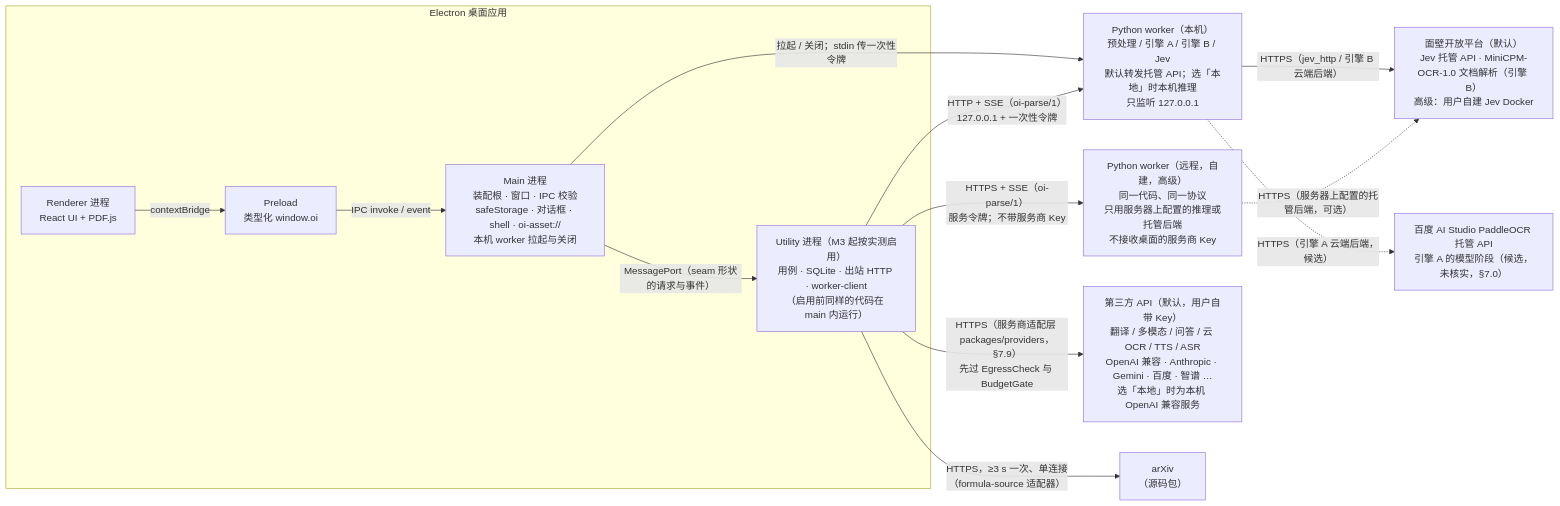
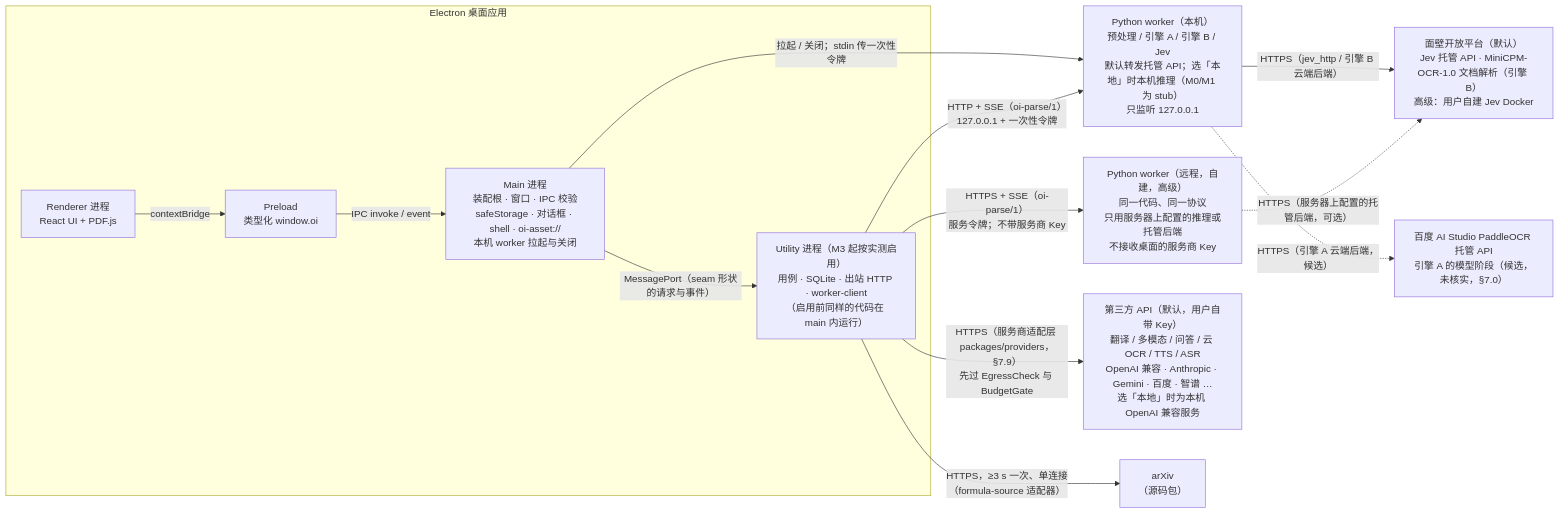
The first of 6 diagrams in ARCHITECTURE.md (wisdom-km/open-immerse-v2), drawn with Mermaid before and after one commit. The commit also changed other lines of this file and 10 other files, not shown here.

````diff
--- a/ARCHITECTURE.md
+++ b/ARCHITECTURE.md
@@ -21,27 +21,27 @@
 ```mermaid
 flowchart LR
   subgraph Desktop["Electron 桌面应用"]
     R["Renderer 进程<br/>React UI + PDF.js"]
     P["Preload<br/>类型化 window.oi"]
     M["Main 进程<br/>装配根 · 窗口 · IPC 校验<br/>safeStorage · 对话框 · shell · oi-asset://<br/>本机 worker 拉起与关闭"]
     U["Utility 进程（M3 起按实测启用）<br/>用例 · SQLite · 出站 HTTP · worker-client<br/>（启用前同样的代码在 main 内运行）"]
   end
-  W1["Python worker（本机）<br/>预处理 / 引擎 A / 引擎 B / Jev<br/>默认转发托管 API；选「本地」时本机推理<br/>只监听 127.0.0.1"]
+  W1["Python worker（本机）<br/>预处理 / 引擎 A / 引擎 B / Jev<br/>默认转发托管 API；选「本地」时本机推理（M0/M1 为 stub）<br/>只监听 127.0.0.1"]
   W2["Python worker（远程，自建，高级）<br/>同一代码、同一协议<br/>只用服务器上配置的推理或托管后端<br/>不接收桌面的服务商 Key"]
   QE["面壁开放平台（默认）<br/>Jev 托管 API · MiniCPM-OCR-1.0 文档解析（引擎 B）<br/>高级：用户自建 Jev Docker"]
   PB["百度 AI Studio PaddleOCR 托管 API<br/>引擎 A 的模型阶段（候选，未核实，§7.0）"]
   API["第三方 API（默认，用户自带 Key）<br/>翻译 / 多模态 / 问答 / 云 OCR / TTS / ASR<br/>OpenAI 兼容 · Anthropic · Gemini · 百度 · 智谱 …<br/>选「本地」时为本机 OpenAI 兼容服务"]
   ARX["arXiv<br/>（源码包）"]
 
   R -- "contextBridge" --> P
   P -- "IPC invoke / event" --> M
   M -- "MessagePort（seam 形状的请求与事件）" --> U
   M -- "拉起 / 关闭；stdin 传一次性令牌" --> W1
   U -- "HTTP + SSE（oi-parse/1）<br/>127.0.0.1 + 一次性令牌" --> W1
   U -- "HTTPS + SSE（oi-parse/1）<br/>服务令牌；不带服务商 Key" --> W2
   W1 -- "HTTPS（jev_http / 引擎 B 云端后端）" --> QE
   W2 -. "HTTPS（服务器上配置的托管后端，可选）" .-> QE
   W1 -. "HTTPS（引擎 A 云端后端，候选）" .-> PB
   U -- "HTTPS（服务商适配层 packages/providers，§7.9）<br/>先过 EgressCheck 与 BudgetGate" --> API
   U -- "HTTPS，≥3 s 一次、单连接<br/>（formula-source 适配器）" --> ARX
 ```
````
